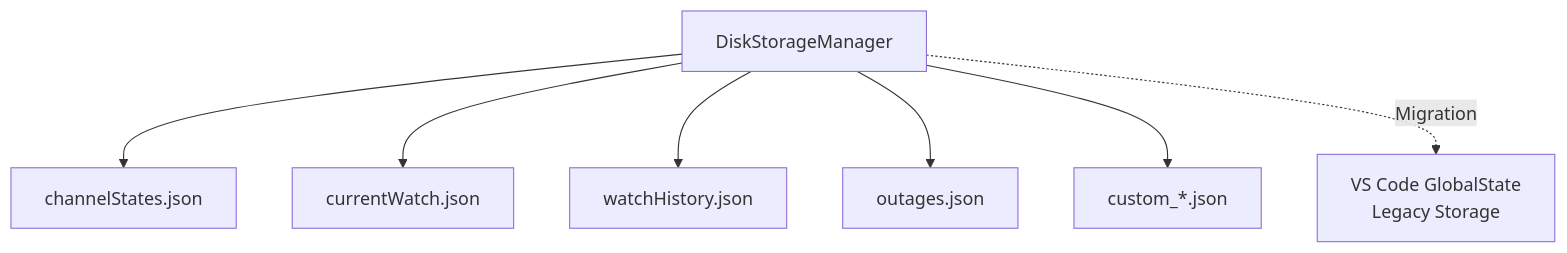
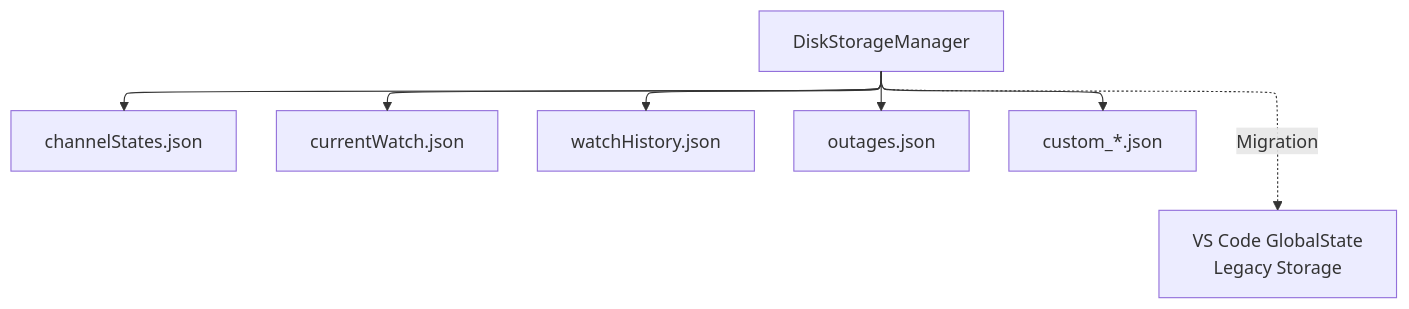
The fourth of 5 diagrams in docs/developers/architecture/STORAGE_ANALYSIS.md (GSejas/health-watch), drawn with Mermaid before and after one commit. The commit also changed other lines of this file and 46 other files, not shown here.

````diff
--- a/docs/developers/architecture/STORAGE_ANALYSIS.md
+++ b/docs/developers/architecture/STORAGE_ANALYSIS.md
@@ -27,17 +491,24 @@
 ```mermaid
+---
+config:
+  layout: elk
+  elk:
+    mergeEdges: true
+    nodePlacementStrategy: NETWORK_SIMPLEX
+---
 graph TD
     DSM[DiskStorageManager]
     CH[channelStates.json]
     CW[currentWatch.json]
     WH[watchHistory.json]
     OUT[outages.json]
     CUST[custom_*.json]
     VS[VS Code GlobalState<br/>Legacy Storage]
     
     DSM --> CH
     DSM --> CW
     DSM --> WH
     DSM --> OUT
     DSM --> CUST
     DSM -.->|Migration| VS
 ```
````
